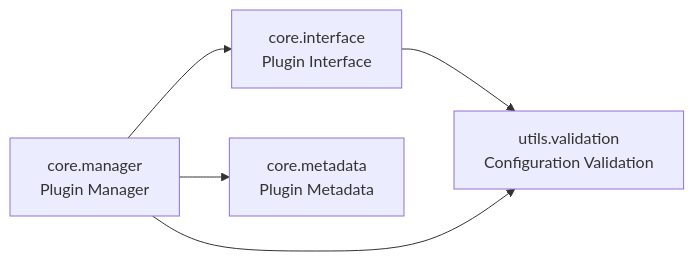
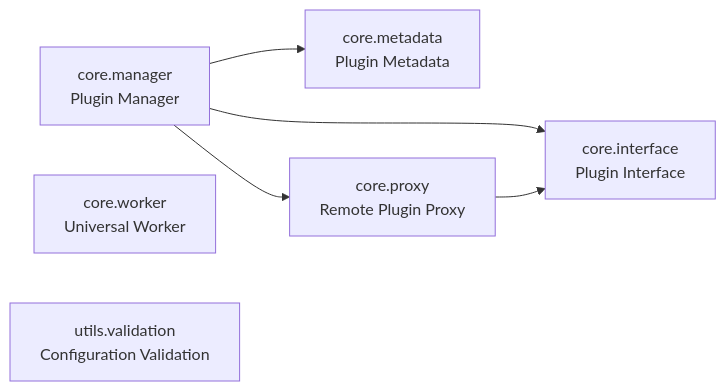
Before and after one commit to cj-mills/cjm-plugin-system: the diagram in README.md, drawn with Mermaid. The commit also changed other lines of this file and 16 other files, not shown here.

Commit message:
Implement Phase 1 of the migration to a process-isolated, async-compatible, zero-copy plugin architecture.

````diff
--- a/README.md
+++ b/README.md
@@ -26,12 +28,14 @@
 ``` mermaid
 graph LR
     core_interface[core.interface<br/>Plugin Interface]
     core_manager[core.manager<br/>Plugin Manager]
     core_metadata[core.metadata<br/>Plugin Metadata]
+    core_proxy[core.proxy<br/>Remote Plugin Proxy]
+    core_worker[core.worker<br/>Universal Worker]
     utils_validation[utils.validation<br/>Configuration Validation]
 
-    core_interface --> utils_validation
-    core_manager --> utils_validation
+    core_manager --> core_proxy
     core_manager --> core_interface
     core_manager --> core_metadata
+    core_proxy --> core_interface
 ```
````
